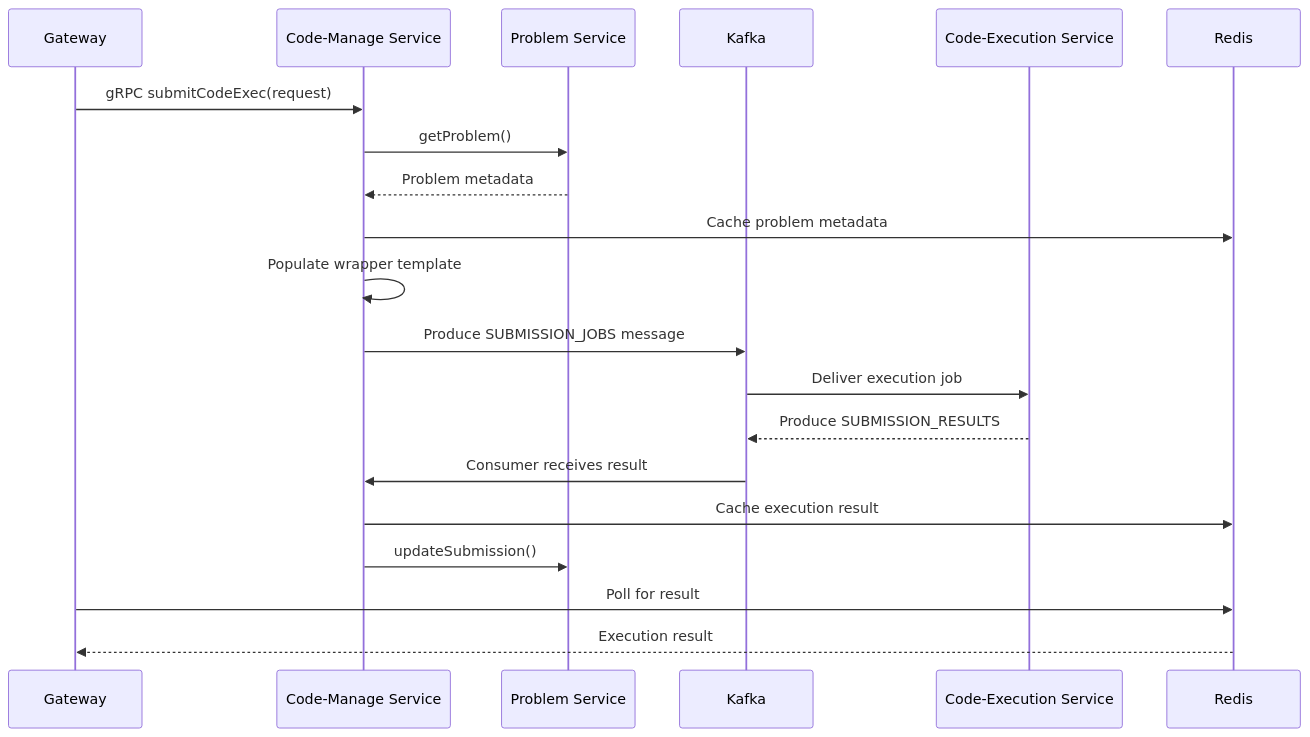
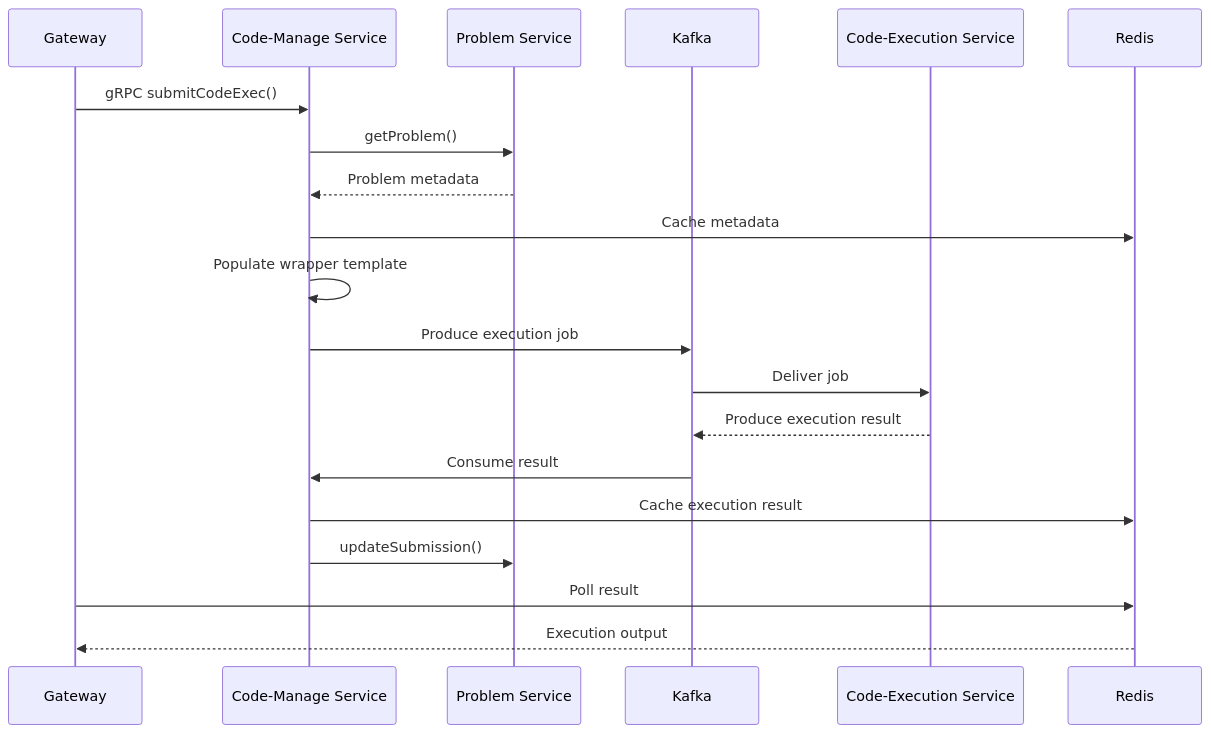
One commit to akashca-pro/codex-code-manage-service changed the second of 3 diagrams in README.md. Above: the diagram before and after it, drawn with Mermaid. The commit also changed other lines of this file, not shown here.

````diff
--- a/README.md
+++ b/README.md
@@ -108,26 +113,26 @@
 ```mermaid
 sequenceDiagram
     participant GW as Gateway
     participant CM as Code-Manage Service
     participant PS as Problem Service
     participant K as Kafka
     participant CES as Code-Execution Service
     participant R as Redis
 
-    GW->>CM: gRPC submitCodeExec(request)
+    GW->>CM: gRPC submitCodeExec()
     CM->>PS: getProblem()
     PS-->>CM: Problem metadata
-    CM->>R: Cache problem metadata
+    CM->>R: Cache metadata
     CM->>CM: Populate wrapper template
-    CM->>K: Produce SUBMISSION_JOBS message
+    CM->>K: Produce execution job
 
-    K->>CES: Deliver execution job
-    CES-->>K: Produce SUBMISSION_RESULTS
+    K->>CES: Deliver job
+    CES-->>K: Produce execution result
 
-    K->>CM: Consumer receives result
+    K->>CM: Consume result
     CM->>R: Cache execution result
     CM->>PS: updateSubmission()
 
-    GW->>R: Poll for result
-    R-->>GW: Execution result
+    GW->>R: Poll result
+    R-->>GW: Execution output
 ```
````
